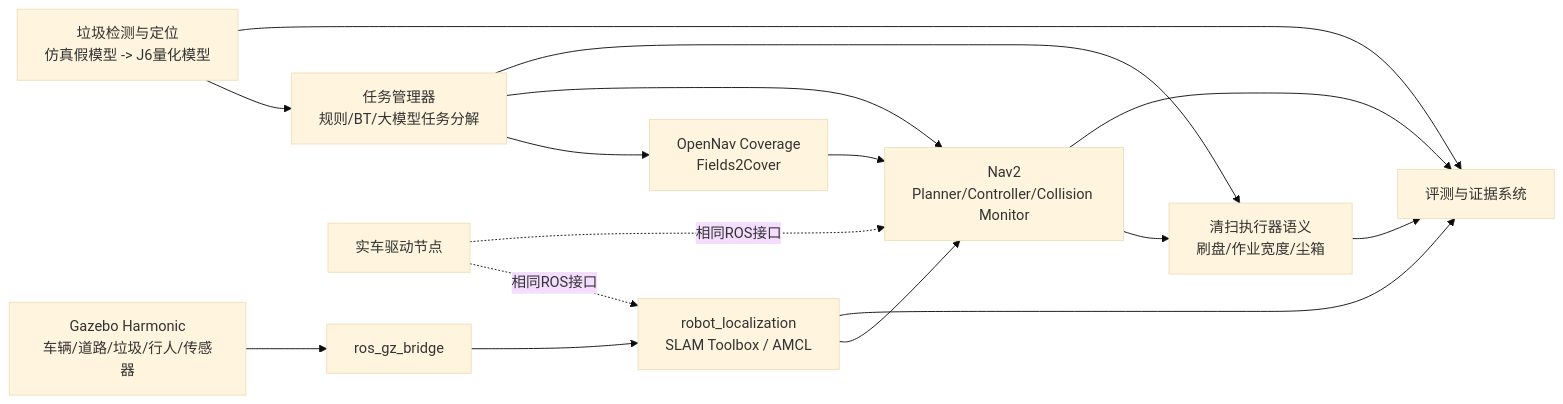
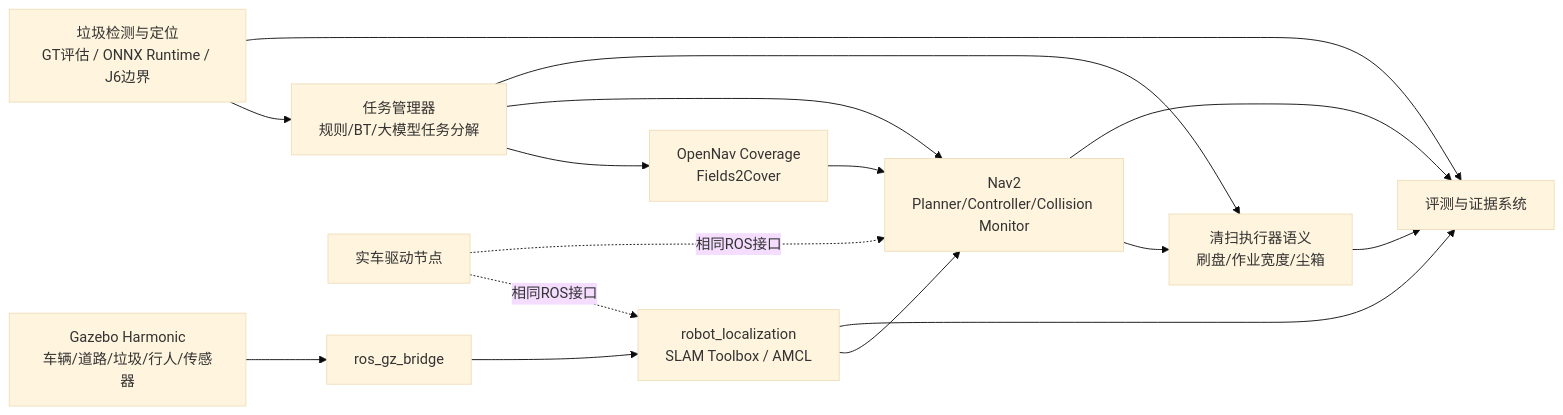
One commit to zhexuexiaotudou/TZcup changed the diagram in PROJECT_SPEC.md. Above: the diagram before and after it, drawn with Mermaid (base theme). The commit also changed other lines of this file and 105 other files, not shown here.

````diff
--- a/PROJECT_SPEC.md
+++ b/PROJECT_SPEC.md
@@ -34,29 +43,29 @@
 ```mermaid
 flowchart LR
   GZ[Gazebo Harmonic<br/>车辆/道路/垃圾/行人/传感器]
   BR[ros_gz_bridge]
   LOC[robot_localization<br/>SLAM Toolbox / AMCL]
   NAV[Nav2<br/>Planner/Controller/Collision Monitor]
   COV[OpenNav Coverage<br/>Fields2Cover]
-  PER[垃圾检测与定位<br/>仿真假模型 -> J6量化模型]
+  PER[垃圾检测与定位<br/>GT评估 / ONNX Runtime / J6边界]
   TASK[任务管理器<br/>规则/BT/大模型任务分解]
   CLEAN[清扫执行器语义<br/>刷盘/作业宽度/尘箱]
   MET[评测与证据系统]
   REAL[实车驱动节点]
 
   GZ --> BR
   BR --> LOC
   LOC --> NAV
   COV --> NAV
   PER --> TASK
   TASK --> COV
   TASK --> NAV
   TASK --> CLEAN
   NAV --> CLEAN
   LOC --> MET
   NAV --> MET
   PER --> MET
   CLEAN --> MET
   REAL -.相同ROS接口.-> LOC
   REAL -.相同ROS接口.-> NAV
 ```
````
